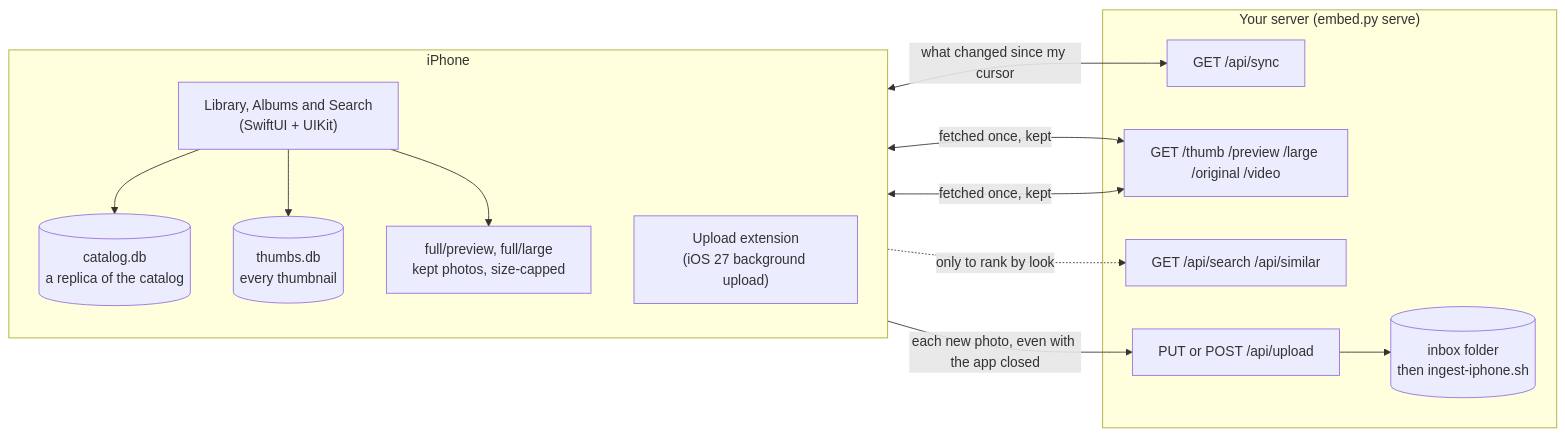
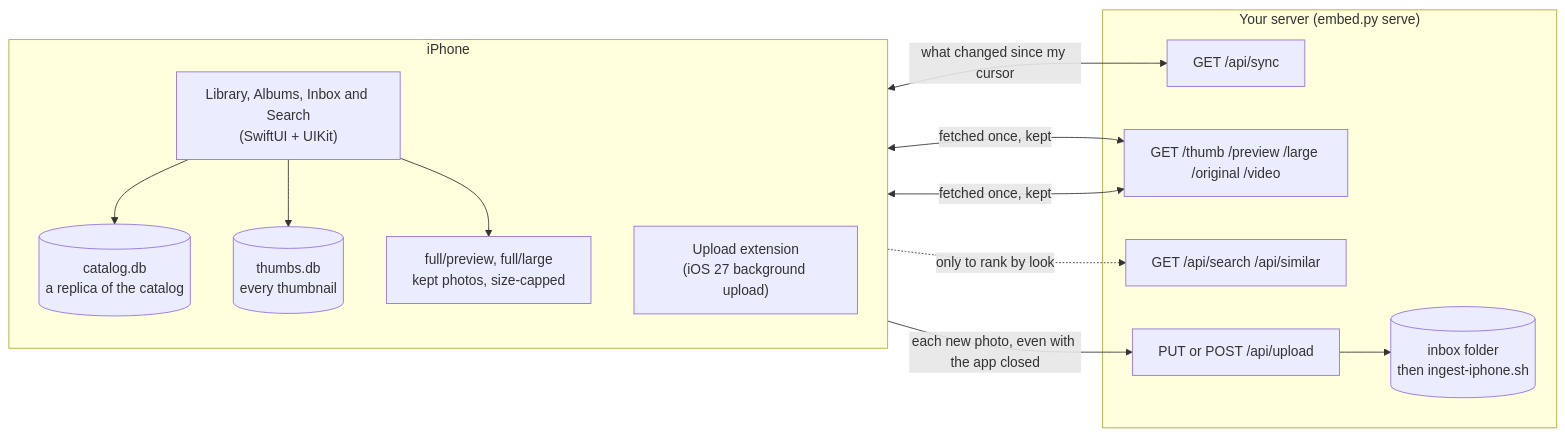
The diagram in docs/book/19-iphone-app.md (jflam/photo-estate), drawn with Mermaid before and after one commit. The commit also changed other lines of this file and 31 other files, not shown here.

````diff
--- a/docs/book/19-iphone-app.md
+++ b/docs/book/19-iphone-app.md
@@ -12,24 +12,24 @@
 ```mermaid
 flowchart LR
     subgraph Phone["iPhone"]
       direction TB
       CAT[("catalog.db<br/>a replica of the catalog")]
       TH[("thumbs.db<br/>every thumbnail")]
       FULL["full/preview, full/large<br/>kept photos, size-capped"]
-      UI["Library, Albums and Search<br/>(SwiftUI + UIKit)"]
+      UI["Library, Albums, Inbox and Search<br/>(SwiftUI + UIKit)"]
       EXT["Upload extension<br/>(iOS 27 background upload)"]
       UI --> CAT & TH & FULL
     end
     subgraph Mac["Your server (embed.py serve)"]
       SYN["GET /api/sync"]
       IMG["GET /thumb /preview /large /original /video"]
       SRCH["GET /api/search /api/similar"]
       UPL["PUT or POST /api/upload"]
       INB[("inbox folder<br/>then ingest-iphone.sh")]
       UPL --> INB
     end
     CAT <-->|"what changed since my cursor"| SYN
     TH & FULL <-->|"fetched once, kept"| IMG
     UI -.->|"only to rank by look"| SRCH
     EXT -->|"each new photo, even with the app closed"| UPL
 ```
````
